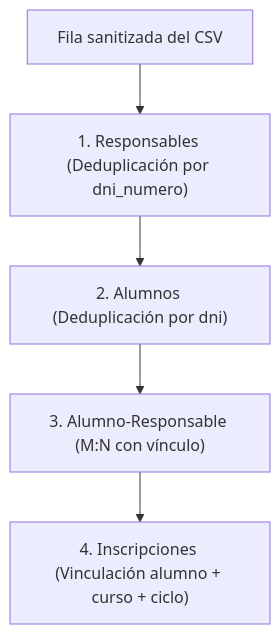
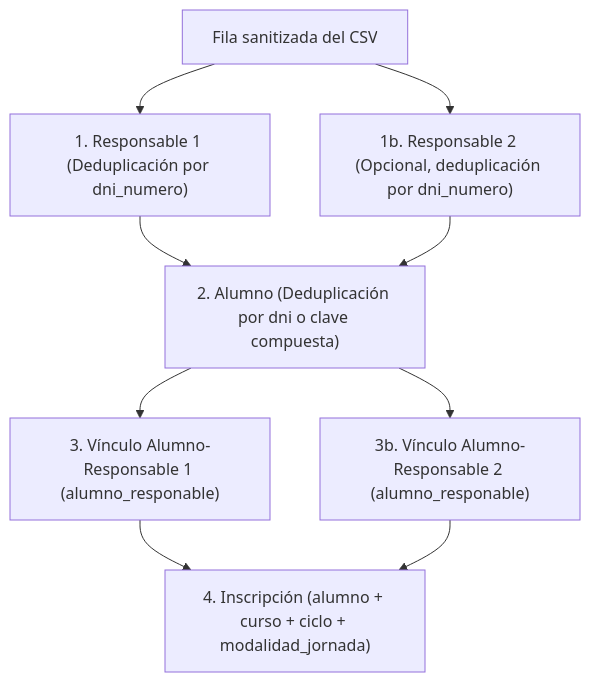
Before and after one commit to andresanni/crecer-y-ser: the diagram in docs/student-dataset-ingestion.md, drawn with Mermaid. The commit also changed other lines of this file and 26 other files, not shown here.

Commit message:
feat(inicial): incorporar nivel inicial con salas multiedad, aislamiento y modalidad de jornada

````diff
--- a/docs/student-dataset-ingestion.md
+++ b/docs/student-dataset-ingestion.md
@@ -66,7 +118,11 @@
 ```mermaid
 flowchart TD
-    A["Fila sanitizada del CSV"] --> R["1. Responsables (Deduplicación por dni_numero)"]
-    R --> S["2. Alumnos (Deduplicación por dni)"]
-    S --> L["3. Alumno-Responsable (M:N con vínculo)"]
-    L --> I["4. Inscripciones (Vinculación alumno + curso + ciclo)"]
+    A["Fila sanitizada del CSV"] --> R1["1. Responsable 1 (Deduplicación por dni_numero)"]
+    A --> R2["1b. Responsable 2 (Opcional, deduplicación por dni_numero)"]
+    R1 --> S["2. Alumno (Deduplicación por dni o clave compuesta)"]
+    R2 --> S
+    S --> L1["3. Vínculo Alumno-Responsable 1 (alumno_responable)"]
+    S --> L2["3b. Vínculo Alumno-Responsable 2 (alumno_responable)"]
+    L1 --> I["4. Inscripción (alumno + curso + ciclo + modalidad_jornada)"]
+    L2 --> I
 ```
````
